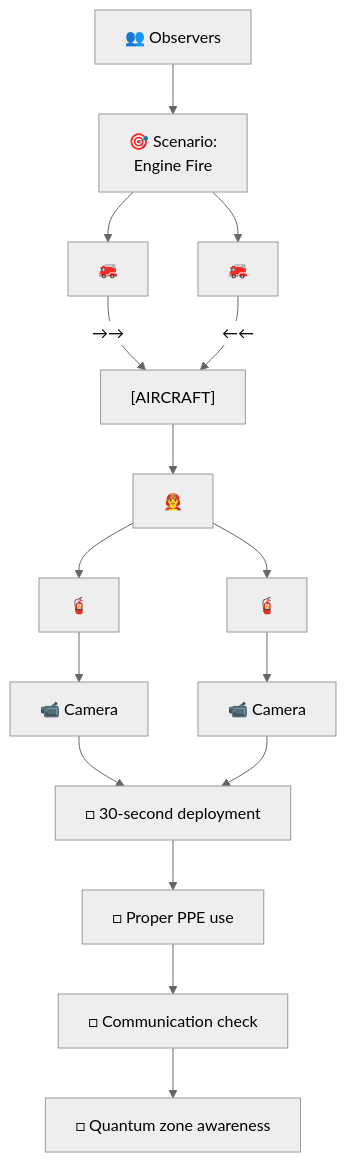
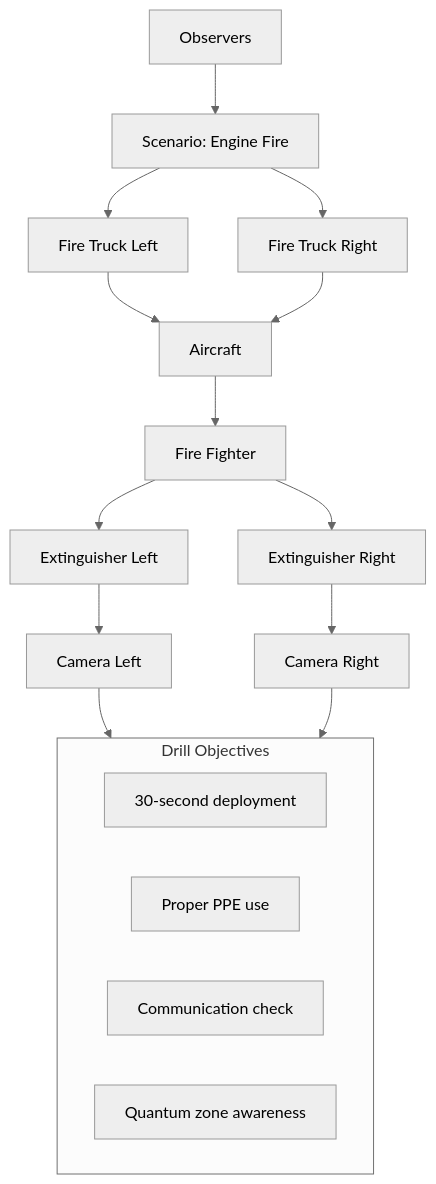
Before and after one commit to Robbbo-T/GAIA-QAO-ADVENT: diagram 26 of 27 in Q-AIR/fleet/AMPEL360/BWBQ100/docs/ATA-chapters/ATA-00-General/ 00-40-00-00-Servicing/00-40-10-00-ServicePoints/00-40-10-03-TransitService.md, drawn with Mermaid (neutral theme). The commit also changed other lines of this file, not shown here.

````diff
--- a/Q-AIR/fleet/AMPEL360/BWBQ100/docs/ATA-chapters/ATA-00-General/ 00-40-00-00-Servicing/00-40-10-00-ServicePoints/00-40-10-03-TransitService.md
+++ b/Q-AIR/fleet/AMPEL360/BWBQ100/docs/ATA-chapters/ATA-00-General/ 00-40-00-00-Servicing/00-40-10-00-ServicePoints/00-40-10-03-TransitService.md
@@ -2177,34 +2138,34 @@
 ```mermaid
 flowchart TB
-    OBS["👥 Observers"]
-    SCENARIO["🎯 Scenario:\nEngine Fire"]
-    ARFF_L["🚒"]
-    ARFF_R["🚒"]
-    AC["[AIRCRAFT]"]
-    FF["👨‍🚒"]
-    EXTL["🧯"]
-    EXTR["🧯"]
-    CAML["📹 Camera"]
-    CAMR["📹 Camera"]
+    OBS[Observers]
+    SCENARIO[Scenario: Engine Fire]
+    ARFF_L[Fire Truck Left]
+    ARFF_R[Fire Truck Right]
+    AC[Aircraft]
+    FF[Fire Fighter]
+    EXTL[Extinguisher Left]
+    EXTR[Extinguisher Right]
+    CAML[Camera Left]
+    CAMR[Camera Right]
 
     OBS --> SCENARIO
     SCENARIO --> ARFF_L
     SCENARIO --> ARFF_R
-    ARFF_L -- "→→" --> AC
-    ARFF_R -- "←←" --> AC
+    ARFF_L --> AC
+    ARFF_R --> AC
     AC --> FF
     FF --> EXTL
     FF --> EXTR
     EXTL --> CAML
     EXTR --> CAMR
 
-    %% Drill Objectives checklist:
-    OBJ1["□ 30-second deployment"]
-    OBJ2["□ Proper PPE use"]
-    OBJ3["□ Communication check"]
-    OBJ4["□ Quantum zone awareness"]
+    subgraph OBJECTIVES["Drill Objectives"]
+        OBJ1[30-second deployment]
+        OBJ2[Proper PPE use]
+        OBJ3[Communication check]
+        OBJ4[Quantum zone awareness]
+    end
 
-    CAML --> OBJ1
-    OBJ1 --> OBJ2 --> OBJ3 --> OBJ4
-    CAMR --> OBJ1
+    CAML --> OBJECTIVES
+    CAMR --> OBJECTIVES
 ```
````
